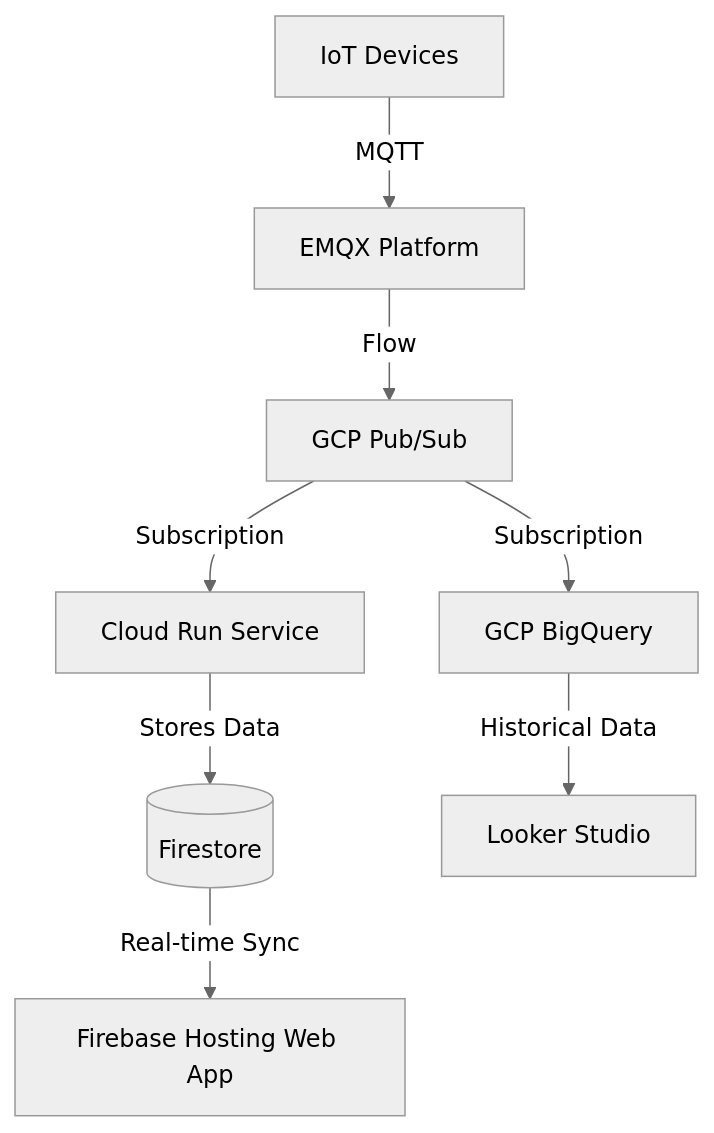
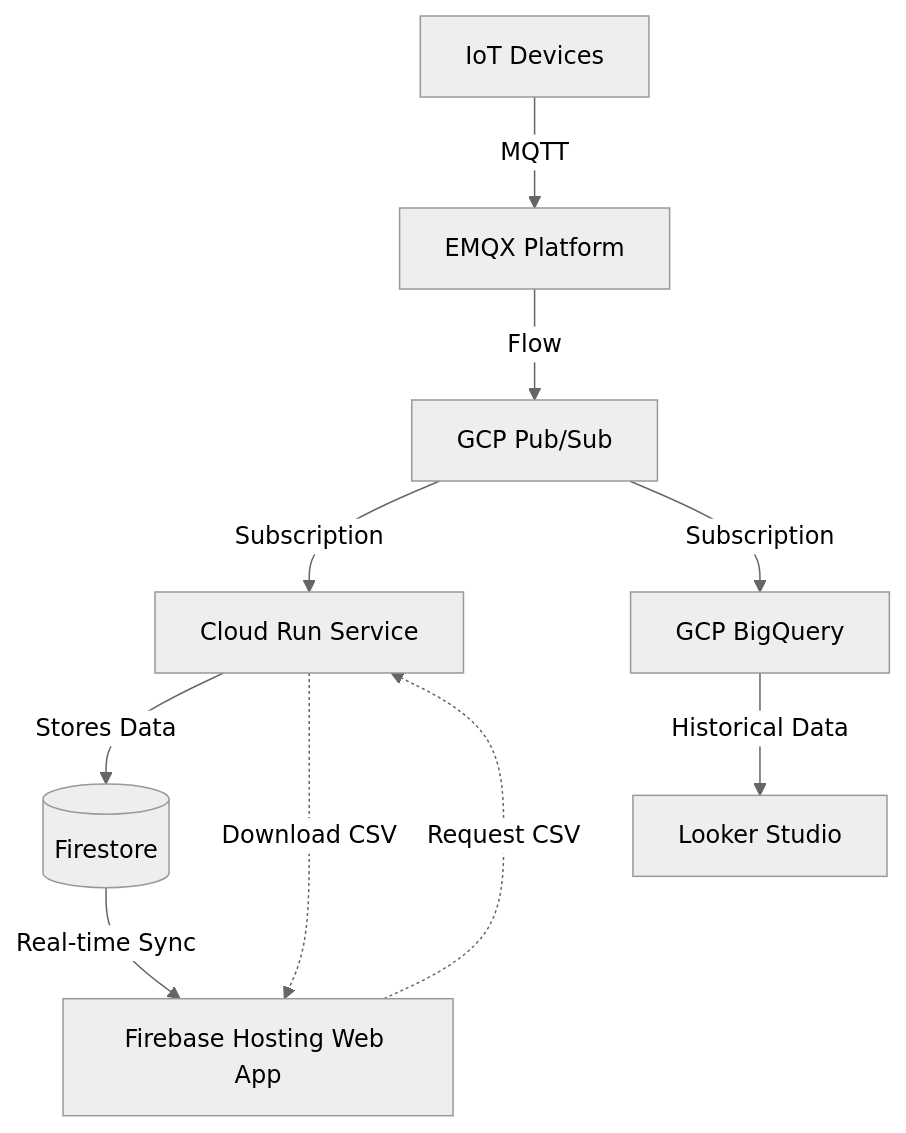
Before and after one commit to jggomez/iot-monitoring-system-serverless: the diagram in README.md, drawn with Mermaid (neutral theme). The commit also changed other lines of this file, not shown here.

Commit message:
docs: update README with CSV export and DHT22 features

````diff
--- a/README.md
+++ b/README.md
@@ -10,13 +16,15 @@
 ```mermaid
 flowchart TD
     A[IoT Devices] -->|MQTT| B[EMQX Platform]
     B -->|Flow| C[GCP Pub/Sub]
     
     C -->|Subscription| D[Cloud Run Service]
     C -->|Subscription| E[GCP BigQuery]
     
     D -->|Stores Data| F[(Firestore)]
     
     F -->|Real-time Sync| G[Firebase Hosting Web App]
+    G -.->|Request CSV| D
+    D -.->|Download CSV| G
     E -->|Historical Data| H[Looker Studio]
 ```
````
